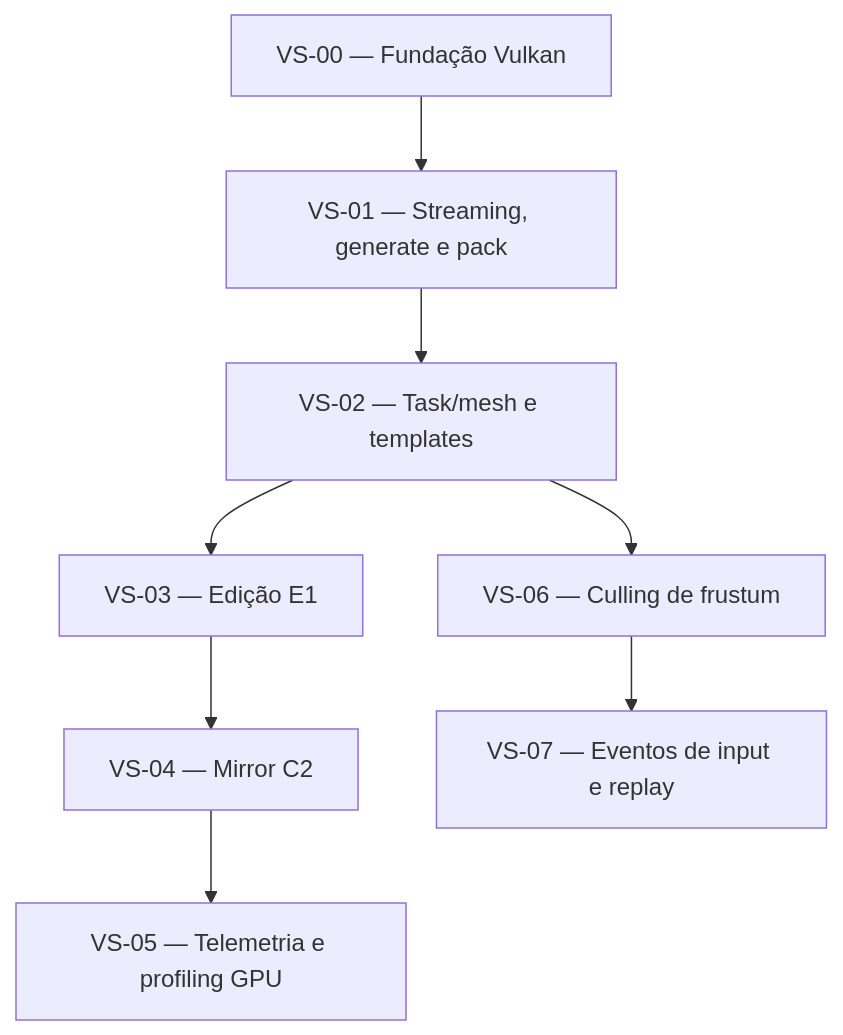
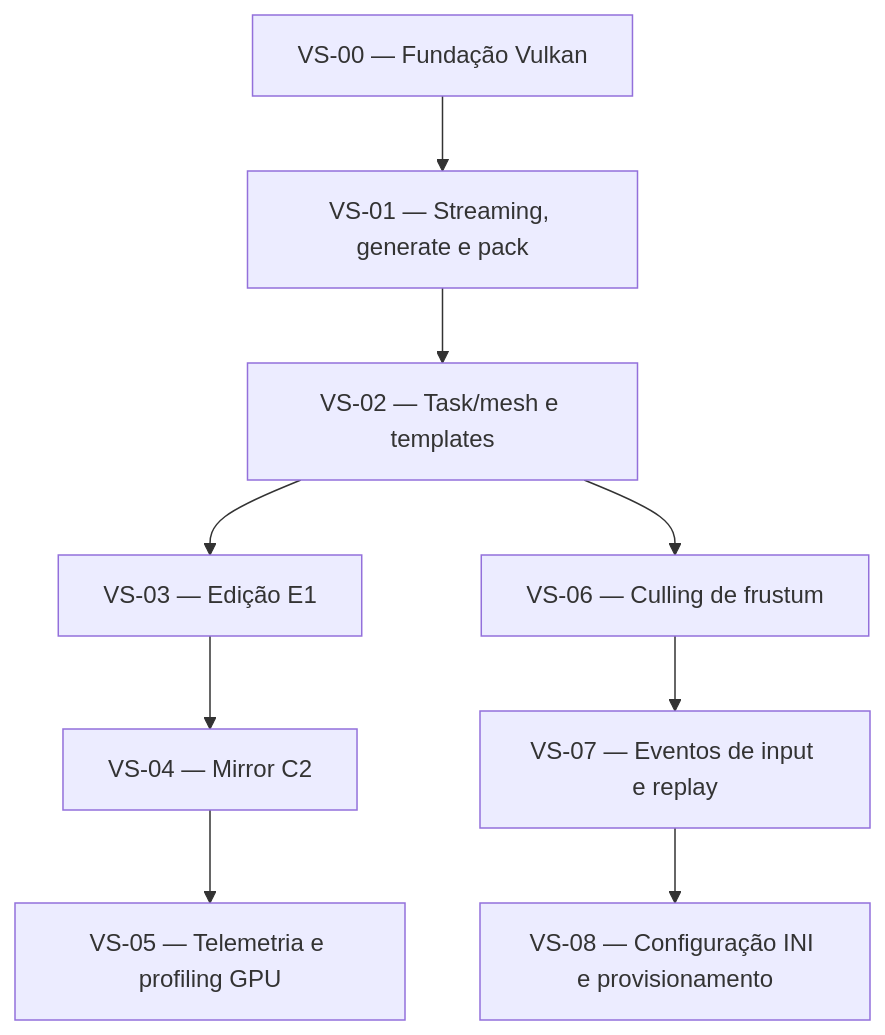
One commit to Ruannilton/vox changed the diagram in docs/obsidian/tracking/dependencias.md. Above: the diagram before and after it, drawn with Mermaid. The commit also changed other lines of this file and 23 other files, not shown here.

Commit message:
VS-08: configuração via INI e provisionamento runtime

````diff
--- a/docs/obsidian/tracking/dependencias.md
+++ b/docs/obsidian/tracking/dependencias.md
@@ -7,19 +7,21 @@
 ```mermaid
 graph TD
     VS00[VS-00 — Fundação Vulkan]
     VS01[VS-01 — Streaming, generate e pack]
     VS02[VS-02 — Task/mesh e templates]
     VS03[VS-03 — Edição E1]
     VS04[VS-04 — Mirror C2]
     VS05[VS-05 — Telemetria e profiling GPU]
     VS06[VS-06 — Culling de frustum]
     VS07[VS-07 — Eventos de input e replay]
+    VS08[VS-08 — Configuração INI e provisionamento]
 
     VS00 --> VS01
     VS01 --> VS02
     VS02 --> VS03
     VS03 --> VS04
     VS04 --> VS05
     VS02 --> VS06
     VS06 --> VS07
+    VS07 --> VS08
 ```
````
